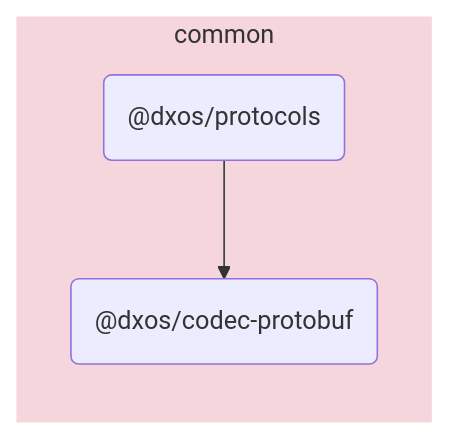
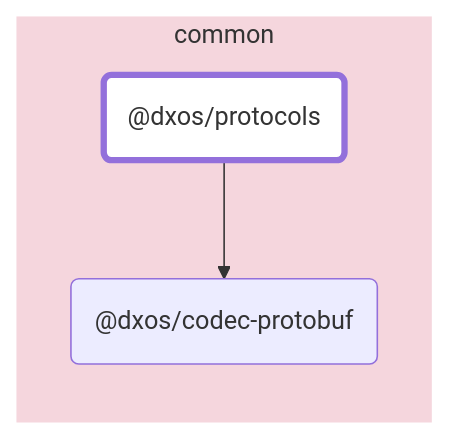
One commit to dxos/dxos changed the diagram in packages/common/protocols/docs/README.md. Above: the diagram before and after it, drawn with Mermaid. The commit also changed other lines of this file and 88 other files, not shown here.

````diff
--- a/packages/common/protocols/docs/README.md
+++ b/packages/common/protocols/docs/README.md
@@ -5,11 +7,15 @@
 ```mermaid
 flowchart LR;
+
+style dxos/protocols fill:#fff,stroke-width:4px;
+
+click dxos/codec-protobuf "https:/github.com/dxos/dxos/tree/main/packages/common/codec-protobuf/docs";
 
 subgraph common
   style common fill:#f5d6dd,stroke:#fff;
   dxos/protocols("@dxos/protocols");
   dxos/codec-protobuf("@dxos/codec-protobuf");
 end
 
 dxos/protocols --> dxos/codec-protobuf;
 ```
````
